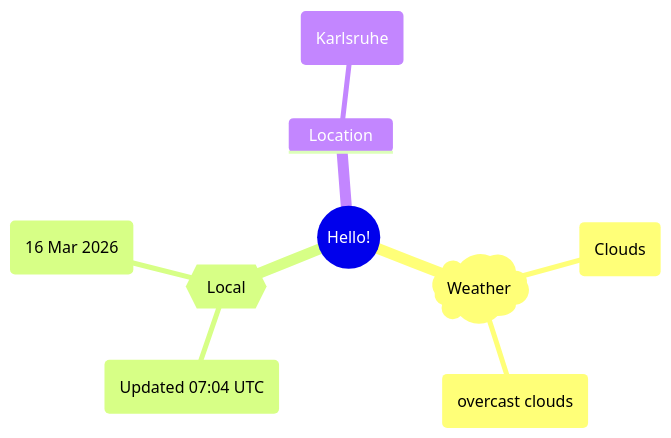
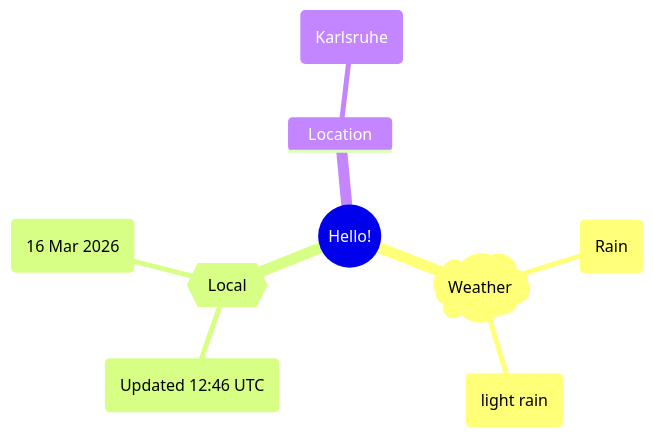
Before and after one commit to Xosrov/Xosrov: the first of 2 diagrams in README.md, drawn with Mermaid.

Commit message:
[bot] updated images

````diff
--- a/README.md
+++ b/README.md
@@ -3,12 +3,12 @@
 ```mermaid
 mindmap
   root((Hello!))
     )Weather(
-        (Clouds)
-        (overcast clouds)
+        (Rain)
+        (light rain)
     {{Local}}
-        (Updated 07:04 UTC)
+        (Updated 12:46 UTC)
         (16 Mar 2026)
     Location
         (Karlsruhe)
 ```
````
